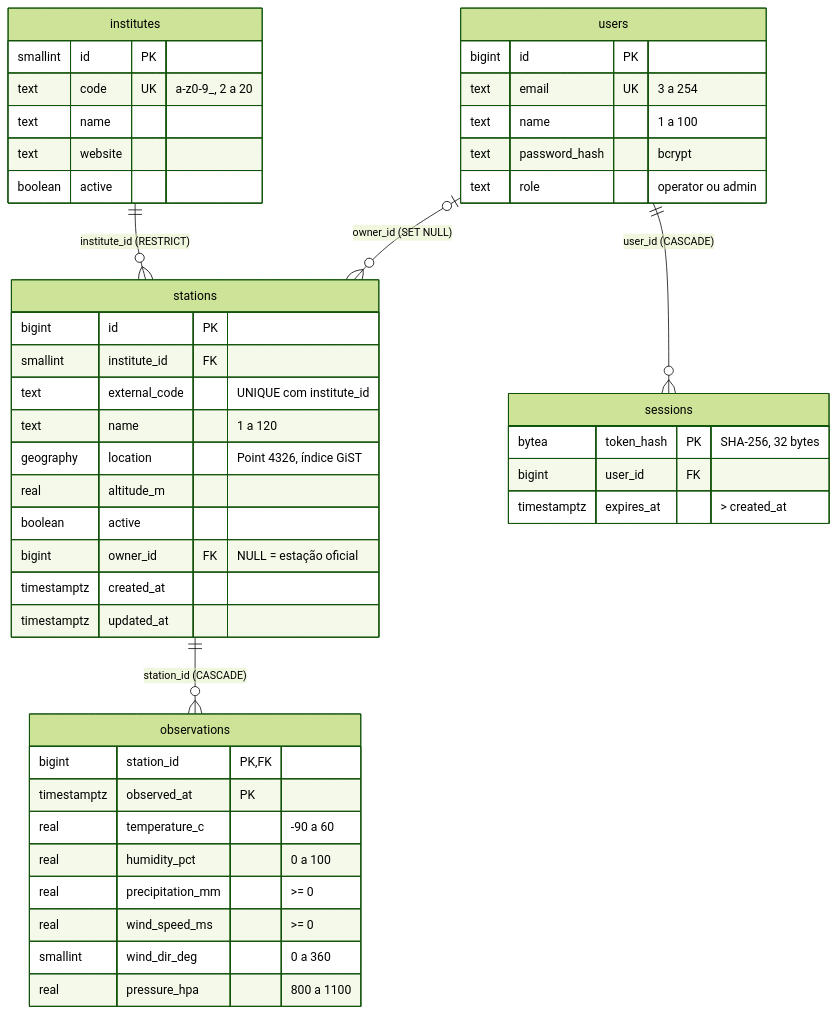
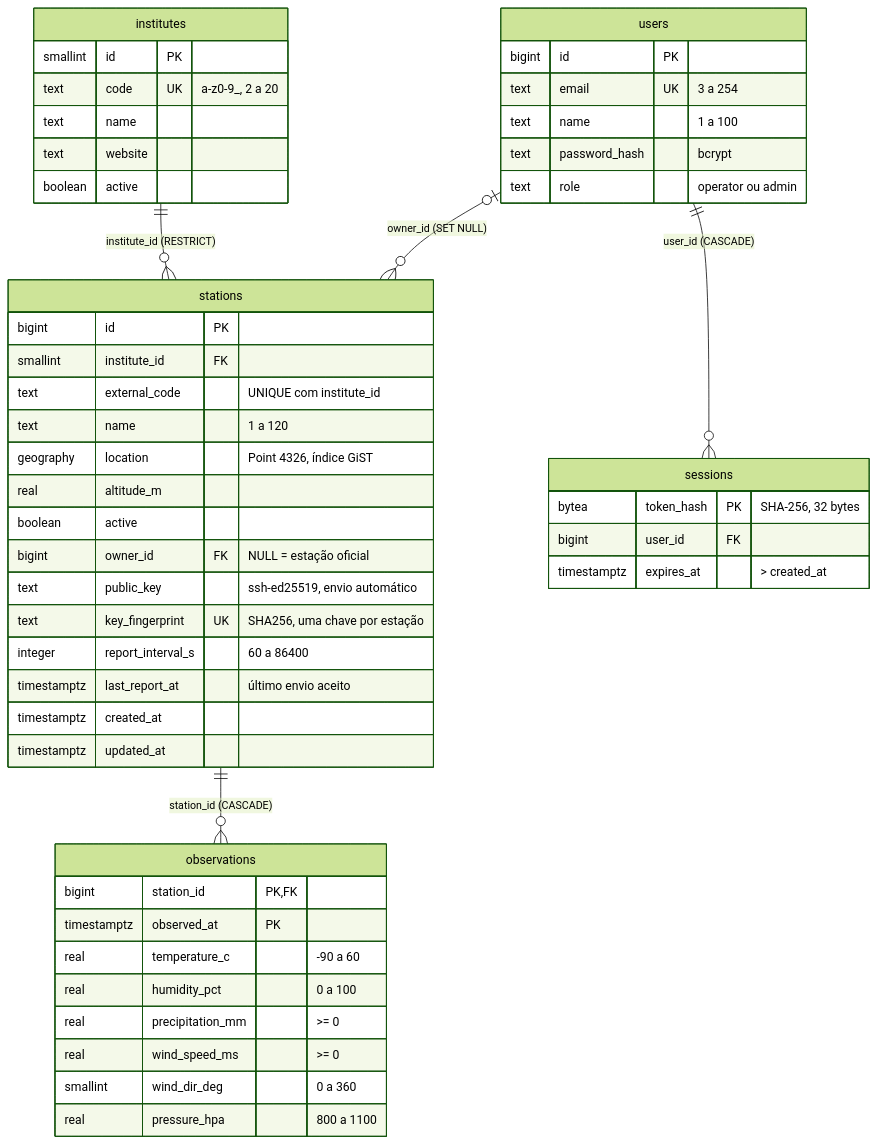
Before and after one commit to PMPRR/SCOM---Trabalho-2: the fifth of 8 diagrams in docs/arquitetura.md, drawn with Mermaid (forest theme). The commit also changed other lines of this file and 3 other files, not shown here.

````diff
--- a/docs/arquitetura.md
+++ b/docs/arquitetura.md
@@ -223,49 +239,53 @@
 ```mermaid
 erDiagram
     institutes ||--o{ stations : "institute_id (RESTRICT)"
     users |o--o{ stations : "owner_id (SET NULL)"
     stations ||--o{ observations : "station_id (CASCADE)"
     users ||--o{ sessions : "user_id (CASCADE)"
 
     institutes {
         smallint id PK
         text code UK "a-z0-9_, 2 a 20"
         text name
         text website
         boolean active
     }
     stations {
         bigint id PK
         smallint institute_id FK
         text external_code "UNIQUE com institute_id"
         text name "1 a 120"
         geography location "Point 4326, índice GiST"
         real altitude_m
         boolean active
         bigint owner_id FK "NULL = estação oficial"
+        text public_key "ssh-ed25519, envio automático"
+        text key_fingerprint UK "SHA256, uma chave por estação"
+        integer report_interval_s "60 a 86400"
+        timestamptz last_report_at "último envio aceito"
         timestamptz created_at
         timestamptz updated_at
     }
     observations {
         bigint station_id PK, FK
         timestamptz observed_at PK
         real temperature_c "-90 a 60"
         real humidity_pct "0 a 100"
         real precipitation_mm ">= 0"
         real wind_speed_ms ">= 0"
         smallint wind_dir_deg "0 a 360"
         real pressure_hpa "800 a 1100"
     }
     users {
         bigint id PK
         text email UK "3 a 254"
         text name "1 a 100"
         text password_hash "bcrypt"
         text role "operator ou admin"
     }
     sessions {
         bytea token_hash PK "SHA-256, 32 bytes"
         bigint user_id FK
         timestamptz expires_at "> created_at"
     }
 ```
````
